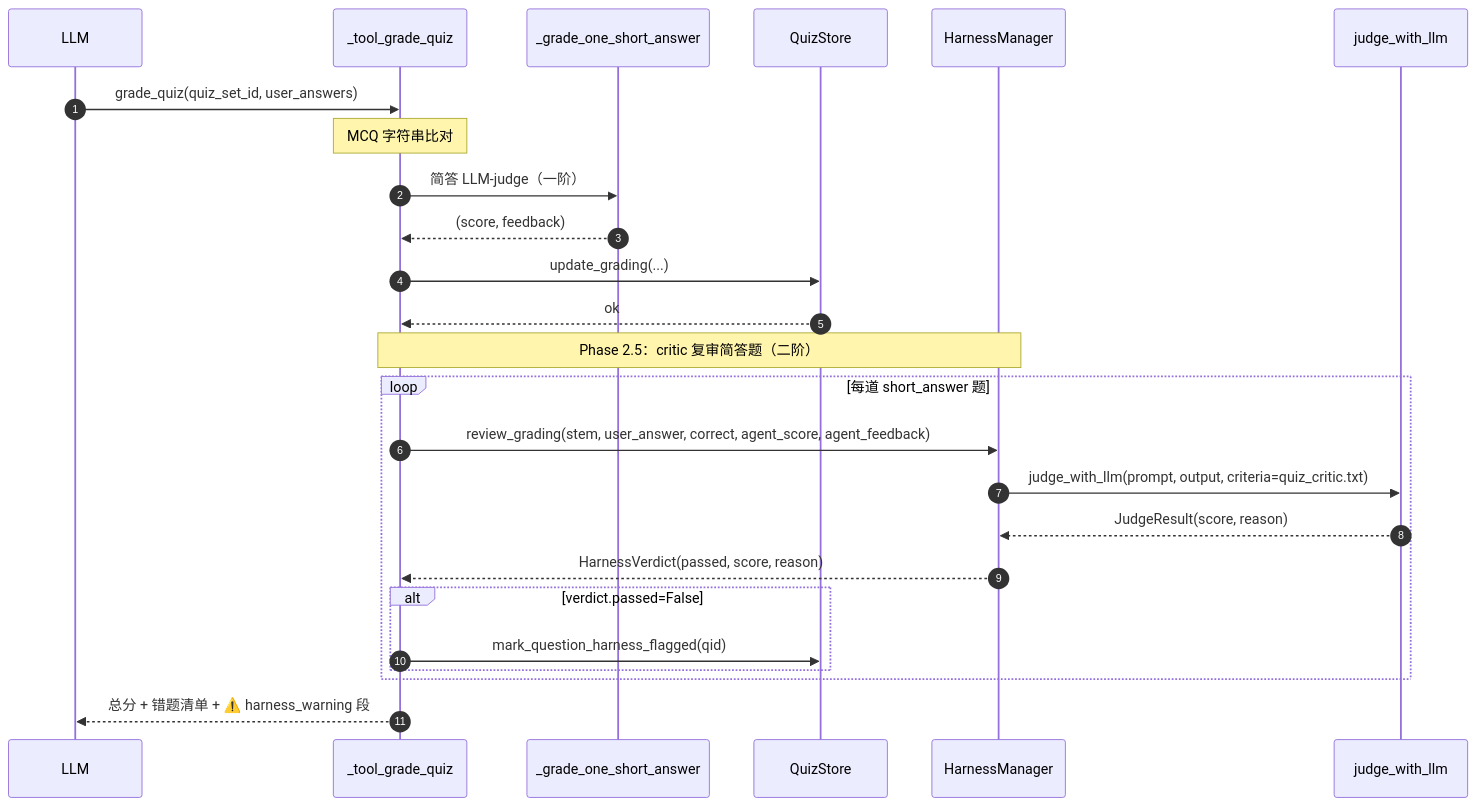
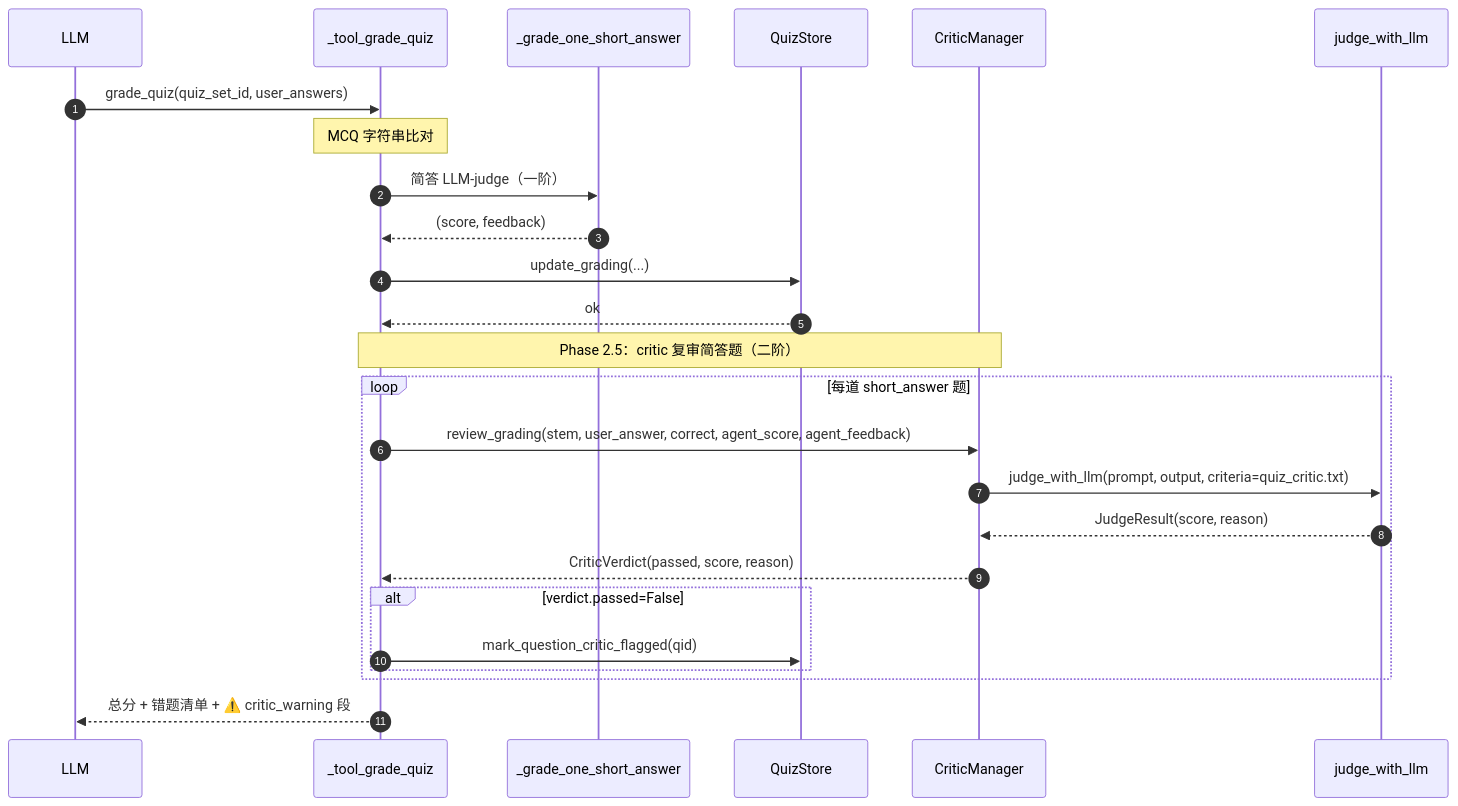
One commit to michaelwangzhenan/AgentA changed diagram 19 of 27 in docs/design.md. Above: the diagram before and after it, drawn with Mermaid. The commit also changed other lines of this file and 29 other files, not shown here.

First line of the commit message:
refactor: harness 改名为 critic，名实相符

````diff
--- a/docs/design.md
+++ b/docs/design.md
@@ -1016,29 +1016,29 @@
 ```mermaid
 sequenceDiagram
     autonumber
     participant LLM as LLM
     participant T as _tool_grade_quiz
     participant SS as _grade_one_short_answer
     participant QS as QuizStore
-    participant HM as HarnessManager
+    participant HM as CriticManager
     participant J as judge_with_llm
 
     LLM->>T: grade_quiz(quiz_set_id, user_answers)
     Note over T: MCQ 字符串比对
     T->>SS: 简答 LLM-judge（一阶）
     SS-->>T: (score, feedback)
     T->>QS: update_grading(...)
     QS-->>T: ok
 
     Note over T,HM: Phase 2.5：critic 复审简答题（二阶）
     loop 每道 short_answer 题
         T->>HM: review_grading(stem, user_answer, correct, agent_score, agent_feedback)
         HM->>J: judge_with_llm(prompt, output, criteria=quiz_critic.txt)
         J-->>HM: JudgeResult(score, reason)
-        HM-->>T: HarnessVerdict(passed, score, reason)
+        HM-->>T: CriticVerdict(passed, score, reason)
         alt verdict.passed=False
-            T->>QS: mark_question_harness_flagged(qid)
+            T->>QS: mark_question_critic_flagged(qid)
         end
     end
-    T-->>LLM: 总分 + 错题清单 + ⚠️ harness_warning 段
+    T-->>LLM: 总分 + 错题清单 + ⚠️ critic_warning 段
 ```
````
